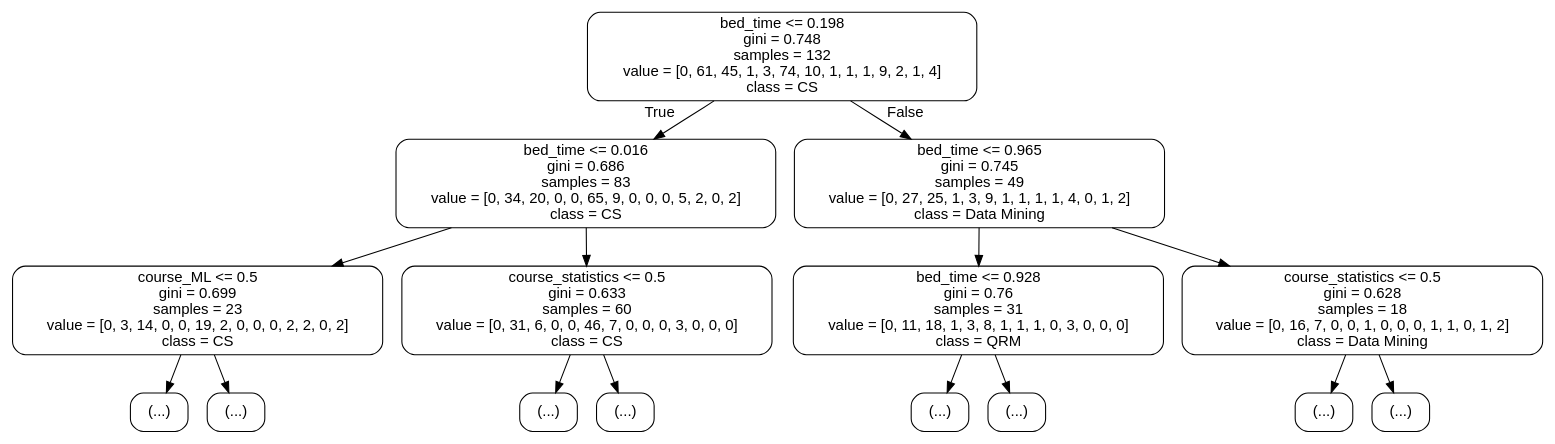
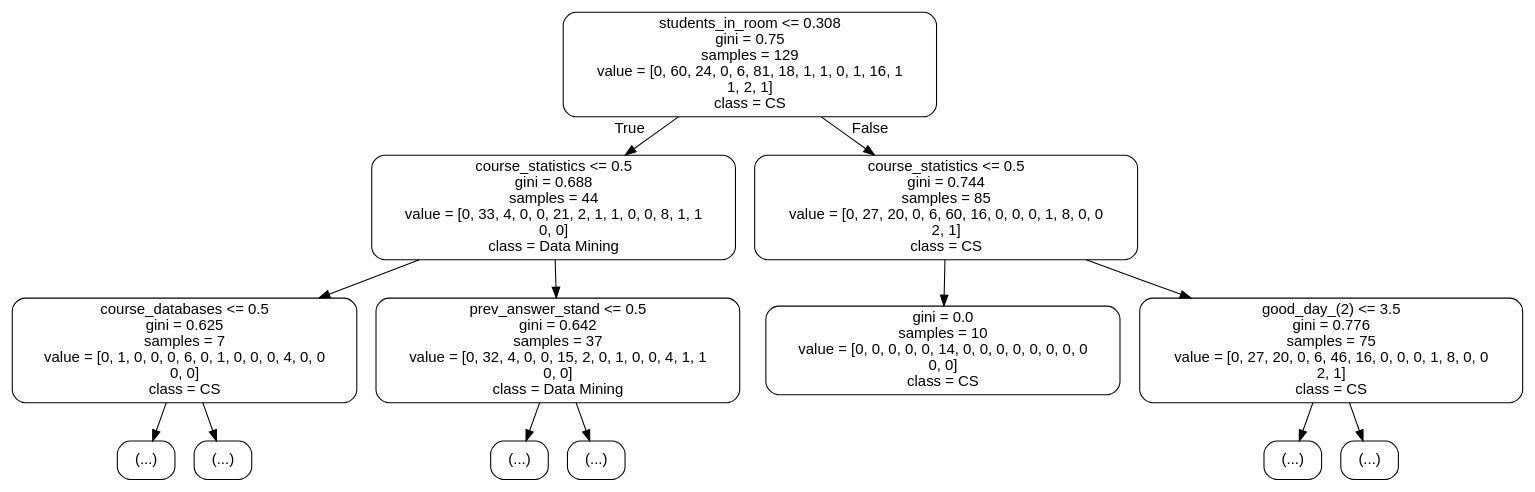
Before and after one commit to Mohammed-majeed/DMT_VU: the diagram in tree.dot, drawn with Graphviz. The commit also changed 5 other files, not shown here.

```diff
--- a/tree.dot
+++ b/tree.dot
@@ -1,33 +1,29 @@
 digraph Tree {
 node [shape=box, style="rounded", color="black", fontname="helvetica"] ;
 edge [fontname="helvetica"] ;
-0 [label="bed_time <= 0.198\ngini = 0.748\nsamples = 132\nvalue = [0, 61, 45, 1, 3, 74, 10, 1, 1, 1, 9, 2, 1, 4]\nclass = CS"] ;
-1 [label="bed_time <= 0.016\ngini = 0.686\nsamples = 83\nvalue = [0, 34, 20, 0, 0, 65, 9, 0, 0, 0, 5, 2, 0, 2]\nclass = CS"] ;
+0 [label="students_in_room <= 0.308\ngini = 0.75\nsamples = 129\nvalue = [0, 60, 24, 0, 6, 81, 18, 1, 1, 0, 1, 16, 1\n1, 2, 1]\nclass = CS"] ;
+1 [label="course_statistics <= 0.5\ngini = 0.688\nsamples = 44\nvalue = [0, 33, 4, 0, 0, 21, 2, 1, 1, 0, 0, 8, 1, 1\n0, 0]\nclass = Data Mining"] ;
 0 -> 1 [labeldistance=2.5, labelangle=45, headlabel="True"] ;
-2 [label="course_ML <= 0.5\ngini = 0.699\nsamples = 23\nvalue = [0, 3, 14, 0, 0, 19, 2, 0, 0, 0, 2, 2, 0, 2]\nclass = CS"] ;
+2 [label="course_databases <= 0.5\ngini = 0.625\nsamples = 7\nvalue = [0, 1, 0, 0, 0, 6, 0, 1, 0, 0, 0, 4, 0, 0\n0, 0]\nclass = CS"] ;
 1 -> 2 ;
 3 [label="(...)"] ;
 2 -> 3 ;
+6 [label="(...)"] ;
+2 -> 6 ;
+11 [label="prev_answer_stand <= 0.5\ngini = 0.642\nsamples = 37\nvalue = [0, 32, 4, 0, 0, 15, 2, 0, 1, 0, 0, 4, 1, 1\n0, 0]\nclass = Data Mining"] ;
+1 -> 11 ;
 12 [label="(...)"] ;
-2 -> 12 ;
-39 [label="course_statistics <= 0.5\ngini = 0.633\nsamples = 60\nvalue = [0, 31, 6, 0, 0, 46, 7, 0, 0, 0, 3, 0, 0, 0]\nclass = CS"] ;
-1 -> 39 ;
-40 [label="(...)"] ;
-39 -> 40 ;
-41 [label="(...)"] ;
-39 -> 41 ;
-114 [label="bed_time <= 0.965\ngini = 0.745\nsamples = 49\nvalue = [0, 27, 25, 1, 3, 9, 1, 1, 1, 1, 4, 0, 1, 2]\nclass = Data Mining"] ;
-0 -> 114 [labeldistance=2.5, labelangle=-45, headlabel="False"] ;
-115 [label="bed_time <= 0.928\ngini = 0.76\nsamples = 31\nvalue = [0, 11, 18, 1, 3, 8, 1, 1, 1, 0, 3, 0, 0, 0]\nclass = QRM"] ;
-114 -> 115 ;
-116 [label="(...)"] ;
-115 -> 116 ;
-125 [label="(...)"] ;
-115 -> 125 ;
-164 [label="course_statistics <= 0.5\ngini = 0.628\nsamples = 18\nvalue = [0, 16, 7, 0, 0, 1, 0, 0, 0, 1, 1, 0, 1, 2]\nclass = Data Mining"] ;
-114 -> 164 ;
-165 [label="(...)"] ;
-164 -> 165 ;
-166 [label="(...)"] ;
-164 -> 166 ;
+11 -> 12 ;
+55 [label="(...)"] ;
+11 -> 55 ;
+60 [label="course_statistics <= 0.5\ngini = 0.744\nsamples = 85\nvalue = [0, 27, 20, 0, 6, 60, 16, 0, 0, 0, 1, 8, 0, 0\n2, 1]\nclass = CS"] ;
+0 -> 60 [labeldistance=2.5, labelangle=-45, headlabel="False"] ;
+61 [label="gini = 0.0\nsamples = 10\nvalue = [0, 0, 0, 0, 0, 14, 0, 0, 0, 0, 0, 0, 0, 0\n0, 0]\nclass = CS"] ;
+60 -> 61 ;
+62 [label="good_day_(2) <= 3.5\ngini = 0.776\nsamples = 75\nvalue = [0, 27, 20, 0, 6, 46, 16, 0, 0, 0, 1, 8, 0, 0\n2, 1]\nclass = CS"] ;
+60 -> 62 ;
+63 [label="(...)"] ;
+62 -> 63 ;
+136 [label="(...)"] ;
+62 -> 136 ;
 }
```
